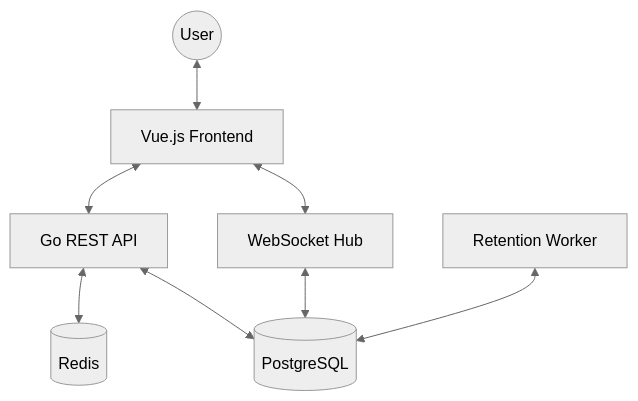
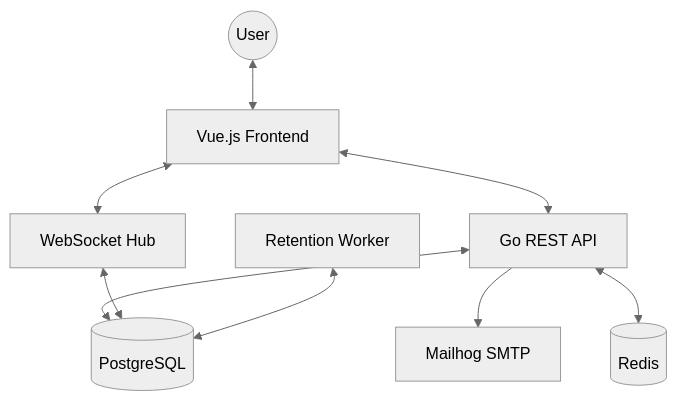
The diagram in docs/architecture.md (foonly/bulletin), drawn with Mermaid (neutral theme) before and after one commit. The commit also changed other lines of this file and 13 other files, not shown here.

````diff
--- a/docs/architecture.md
+++ b/docs/architecture.md
@@ -7,18 +7,20 @@
 ```mermaid
 graph TD
     User((User))
     Web[Vue.js Frontend]
     API[Go REST API]
     WS[WebSocket Hub]
     Worker[Retention Worker]
     DB[(PostgreSQL)]
     Redis[(Redis)]
+    Email[Mailhog SMTP]
 
     User <--> Web
     Web <--> API
     Web <--> WS
     API <--> DB
+    API --> Email
     WS <--> DB
     Worker <--> DB
     API <--> Redis
 ```
````
